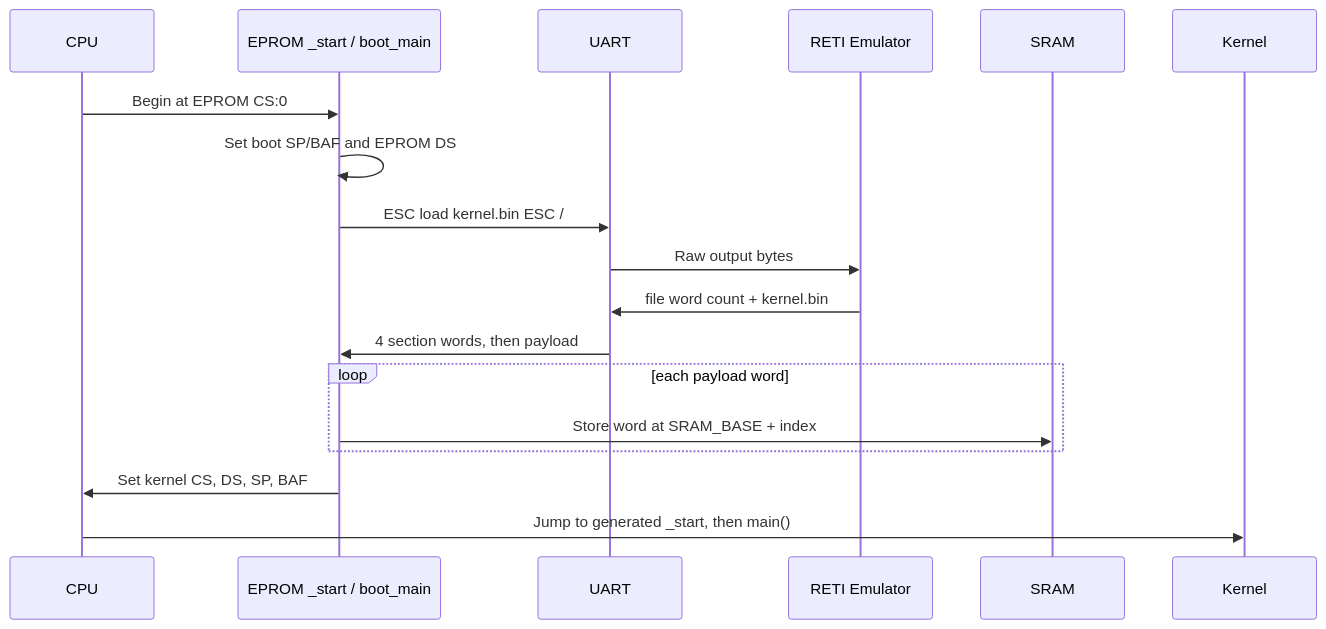
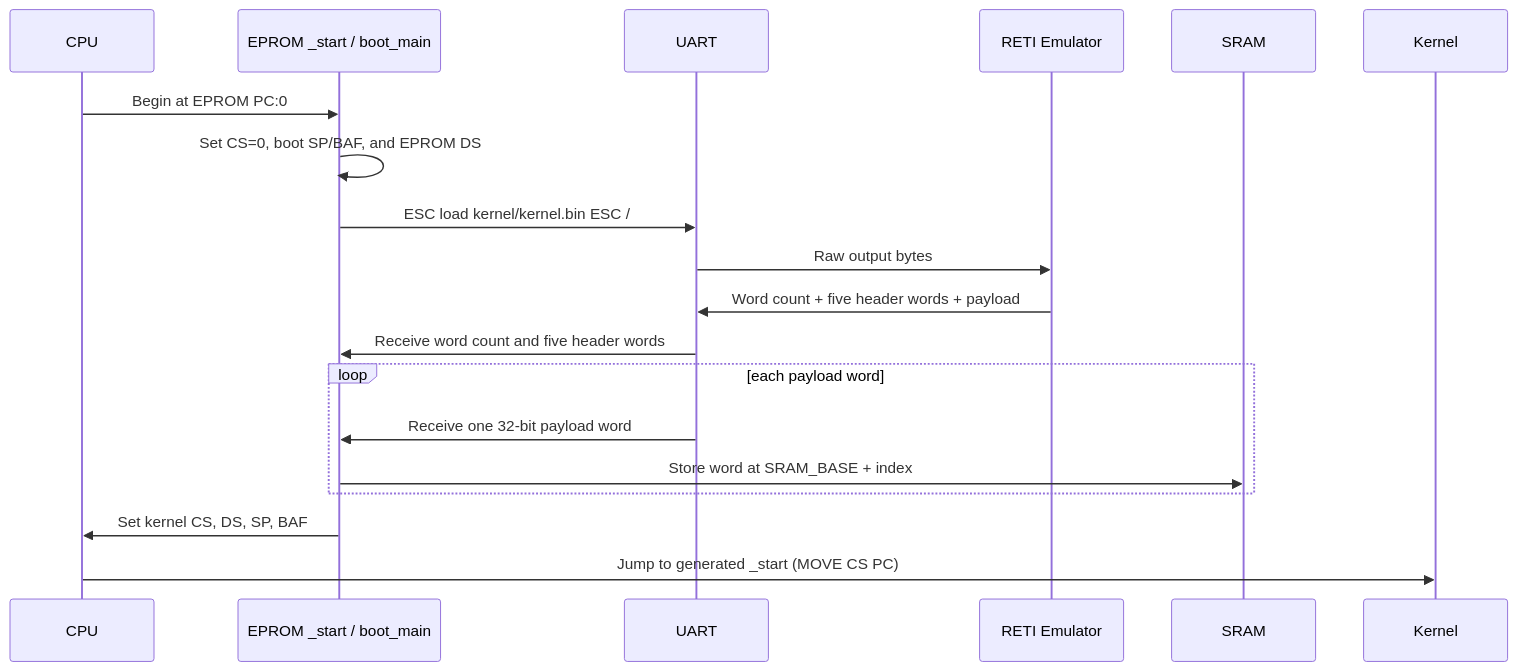
One commit to matthejue/Pico-OS_Presentation changed the second of 18 diagrams in .source/Pico-OS-README.md. Above: the diagram before and after it, drawn with Mermaid. The commit also changed other lines of this file and 7 other files, not shown here.

````diff
--- a/.source/Pico-OS-README.md
+++ b/.source/Pico-OS-README.md
@@ -108,21 +318,22 @@
 ```mermaid
 sequenceDiagram
     participant CPU
     participant EPROM as EPROM _start / boot_main
     participant UART
     participant Emu as RETI Emulator
     participant SRAM
     participant Kernel
 
-    CPU->>EPROM: Begin at EPROM CS:0
-    EPROM->>EPROM: Set boot SP/BAF and EPROM DS
-    EPROM->>UART: ESC load kernel.bin ESC /
+    CPU->>EPROM: Begin at EPROM PC:0
+    EPROM->>EPROM: Set CS=0, boot SP/BAF, and EPROM DS
+    EPROM->>UART: ESC load kernel/kernel.bin ESC /
     UART->>Emu: Raw output bytes
-    Emu->>UART: file word count + kernel.bin
-    UART->>EPROM: 4 section words, then payload
+    Emu->>UART: Word count + five header words + payload
+    UART->>EPROM: Receive word count and five header words
     loop each payload word
+        UART->>EPROM: Receive one 32-bit payload word
         EPROM->>SRAM: Store word at SRAM_BASE + index
     end
     EPROM->>CPU: Set kernel CS, DS, SP, BAF
-    CPU->>Kernel: Jump to generated _start, then main()
+    CPU->>Kernel: Jump to generated _start (MOVE CS PC)
 ```
````
